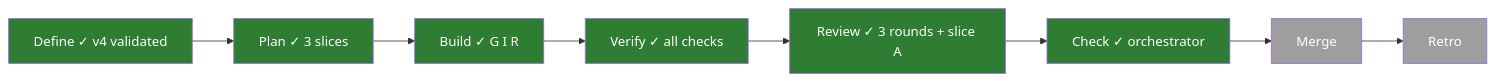
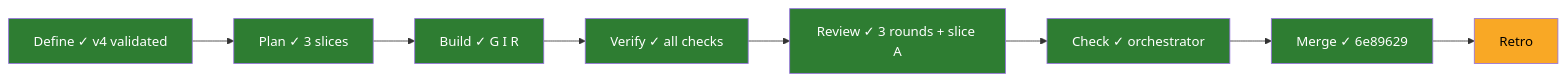
Before and after one commit to PaliCanon/learn-pali: the first of 2 diagrams in .task/031-deploy-hardening.md, drawn with Mermaid. The commit also changed other lines of this file, not shown here.

Commit message:
chore(task): 031 merged

````diff
--- a/.task/031-deploy-hardening.md
+++ b/.task/031-deploy-hardening.md
@@ -14,7 +14,7 @@
 ```mermaid
 flowchart LR
-  Define["Define ✓ v4 validated"]:::done --> Plan["Plan ✓ 3 slices"]:::done --> Build["Build ✓ G I R"]:::done --> Verify["Verify ✓ all checks"]:::done --> Review["Review ✓ 3 rounds + slice A"]:::done --> Check["Check ✓ orchestrator"]:::done --> Merge:::todo --> Retro:::todo
+  Define["Define ✓ v4 validated"]:::done --> Plan["Plan ✓ 3 slices"]:::done --> Build["Build ✓ G I R"]:::done --> Verify["Verify ✓ all checks"]:::done --> Review["Review ✓ 3 rounds + slice A"]:::done --> Check["Check ✓ orchestrator"]:::done --> Merge["Merge ✓ 6e89629"]:::done --> Retro:::doing
   classDef doing fill:#f9a825,color:#000
   classDef done fill:#2e7d32,color:#fff
   classDef todo fill:#9e9e9e,color:#fff
 ```
````
